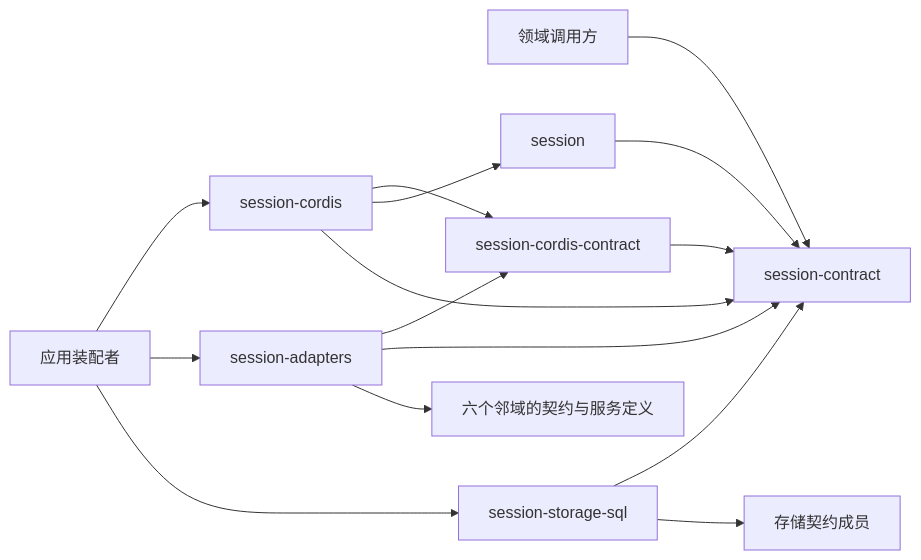
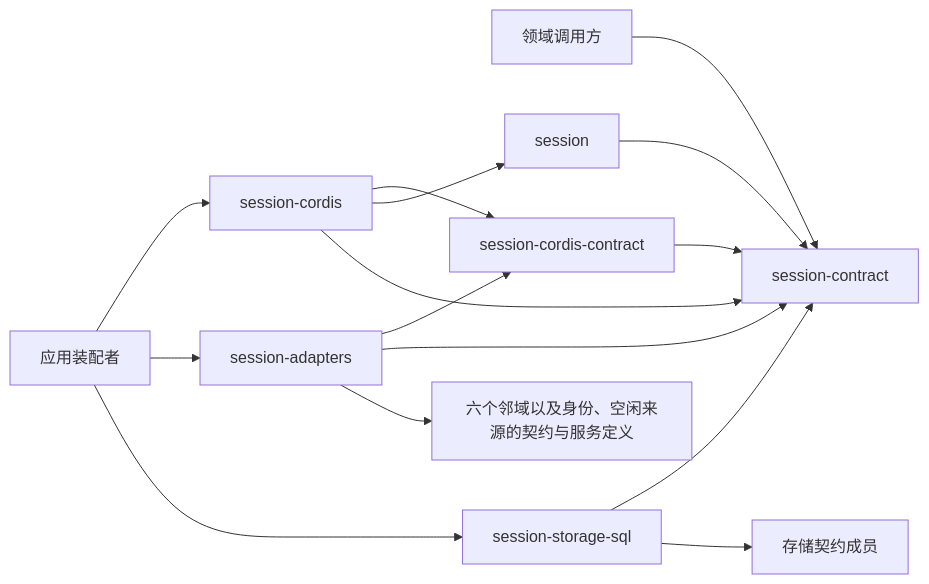
Before and after one commit to nemori-ai/omne-harness-lite: the diagram in packages/session/docs/architecture.md, drawn with Mermaid. The commit also changed other lines of this file and 12 other files, not shown here.

````diff
--- a/packages/session/docs/architecture.md
+++ b/packages/session/docs/architecture.md
@@ -13,17 +13,17 @@
 ```mermaid
 flowchart LR
   Consumer[领域调用方] --> Contract[session-contract]
   Definitions[session-cordis-contract] --> Contract
   Implementation[session] --> Contract
   Provider[session-cordis] --> Definitions
   Provider --> Implementation
   Provider --> Contract
   Adapters[session-adapters] --> Definitions
   Adapters --> Contract
-  Adapters --> Neighbors[六个邻域的契约与服务定义]
+  Adapters --> Neighbors[六个邻域以及身份、空闲来源的契约与服务定义]
   Storage[session-storage-sql] --> Contract
   Storage --> StorageContract[存储契约成员]
   App[应用装配者] --> Provider
   App --> Adapters
   App --> Storage
 ```
````
